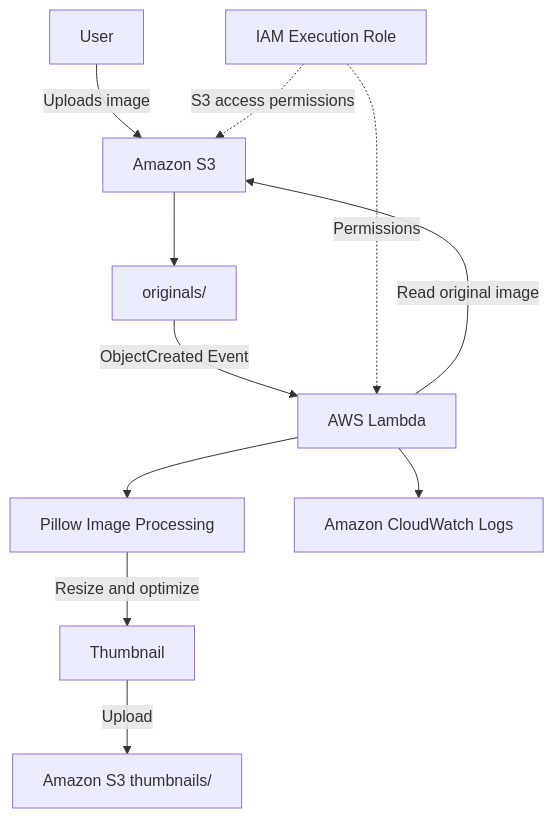
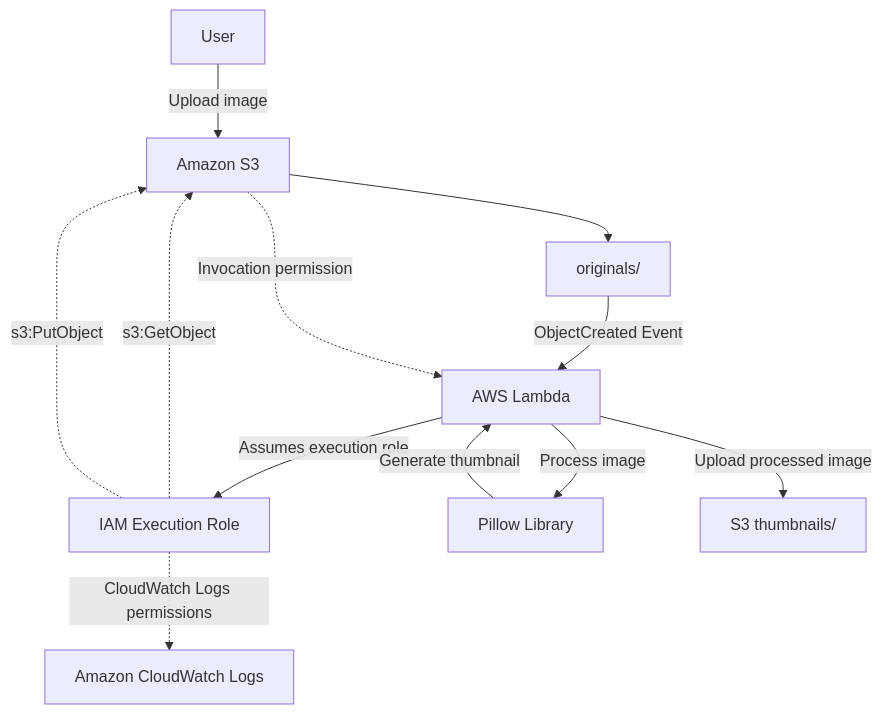
Before and after one commit to masoud-shafiezadeh-neyestanak/aws-cloud-learning-and-projects: the diagram in 04-cloud-projects/project-01-serverless-image-processing/architecture/architecture.md, drawn with Mermaid.

````diff
--- a/04-cloud-projects/project-01-serverless-image-processing/architecture/architecture.md
+++ b/04-cloud-projects/project-01-serverless-image-processing/architecture/architecture.md
@@ -13,13 +13,19 @@
 ```mermaid
 flowchart TD
-    A[User] -->|Uploads image| B[Amazon S3]
+    A[User] -->|Upload image| B[Amazon S3]
     B --> C[originals/]
     C -->|ObjectCreated Event| D[AWS Lambda]
-    D -->|Read original image| B
-    D --> E[Pillow Image Processing]
-    E -->|Resize and optimize| F[Thumbnail]
-    F -->|Upload| G[Amazon S3 thumbnails/]
-    D --> H[Amazon CloudWatch Logs]
-    I[IAM Execution Role] -.->|Permissions| D
-    I -.->|S3 access permissions| B
+
+    D -->|Assumes execution role| I[IAM Execution Role]
+
+    I -.->|s3:GetObject| B
+    I -.->|s3:PutObject| B
+    I -.->|CloudWatch Logs permissions| H[Amazon CloudWatch Logs]
+
+    D -->|Process image| E[Pillow Library]
+    E -->|Generate thumbnail| D
+    D -->|Upload processed image| F[S3 thumbnails/]
+
+    B -.->|Invocation permission| D
+
 ```
````
